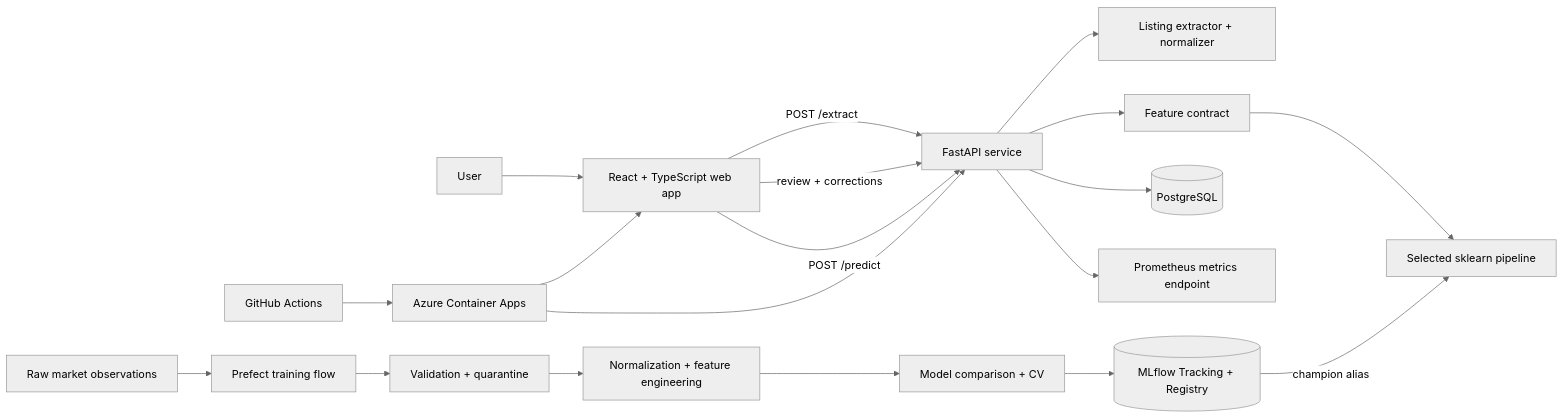
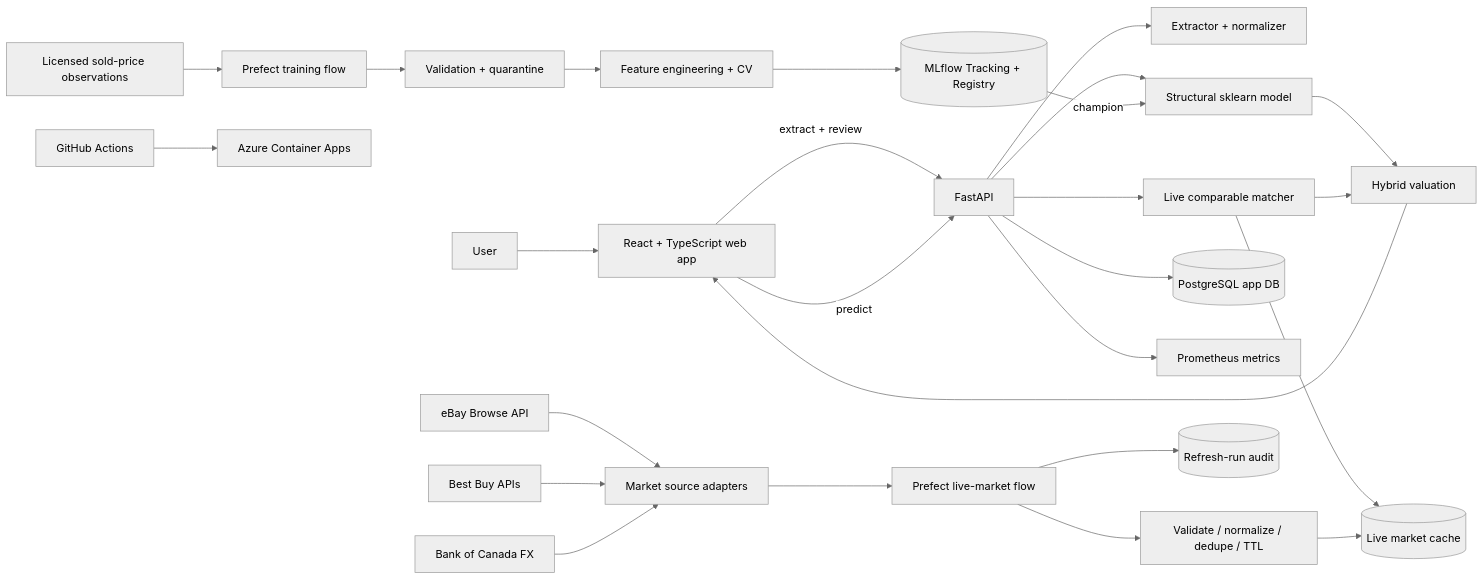
One commit to Youssif-AB/pc-value-analyzer-market changed the diagram in docs/architecture.md. Above: the diagram before and after it, drawn with Mermaid (neutral theme). The commit also changed other lines of this file and 51 other files, not shown here.

Commit message:
Add live market valuation

````diff
--- a/docs/architecture.md
+++ b/docs/architecture.md
@@ -3,23 +3,31 @@
 ```mermaid
 flowchart LR
     U[User] --> FE[React + TypeScript web app]
-    FE -->|POST /extract| API[FastAPI service]
-    FE -->|review + corrections| API
-    FE -->|POST /predict| API
-    API --> EXT[Listing extractor + normalizer]
-    API --> FM[Feature contract]
-    FM --> MODEL[Selected sklearn pipeline]
-    API --> PG[(PostgreSQL)]
-    API --> PROM[Prometheus metrics endpoint]
+    FE -->|extract + review| API[FastAPI]
+    FE -->|predict| API
+    API --> EXT[Extractor + normalizer]
+    API --> BASE[Structural sklearn model]
+    API --> COMP[Live comparable matcher]
+    COMP --> MC[(Live market cache)]
+    BASE --> BLEND[Hybrid valuation]
+    COMP --> BLEND
+    BLEND --> FE
+    API --> PG[(PostgreSQL app DB)]
+    API --> PROM[Prometheus metrics]
 
-    RAW[Raw market observations] --> PF[Prefect training flow]
-    PF --> DQ[Validation + quarantine]
-    DQ --> NORM[Normalization + feature engineering]
-    NORM --> TRAIN[Model comparison + CV]
+    EB[eBay Browse API] --> SRC[Market source adapters]
+    BB[Best Buy APIs] --> SRC
+    FX[Bank of Canada FX] --> SRC
+    SRC --> PF[Prefect live-market flow]
+    PF --> DQ[Validate / normalize / dedupe / TTL]
+    DQ --> MC
+    PF --> RUNS[(Refresh-run audit)]
+
+    SOLD[Licensed sold-price observations] --> TF[Prefect training flow]
+    TF --> CLEAN[Validation + quarantine]
+    CLEAN --> TRAIN[Feature engineering + CV]
     TRAIN --> MLF[(MLflow Tracking + Registry)]
-    MLF -->|champion alias| MODEL
+    MLF -->|champion| BASE
 
-    GHA[GitHub Actions] --> ACA[Azure Container Apps]
-    ACA --> FE
-    ACA --> API
+    GHA[GitHub Actions] --> AZ[Azure Container Apps]
 ```
````
